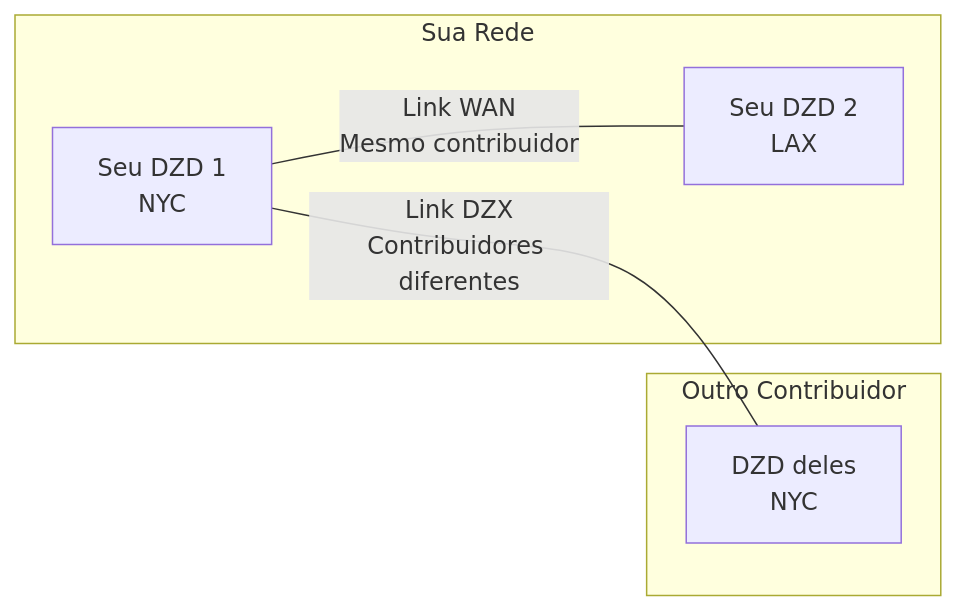
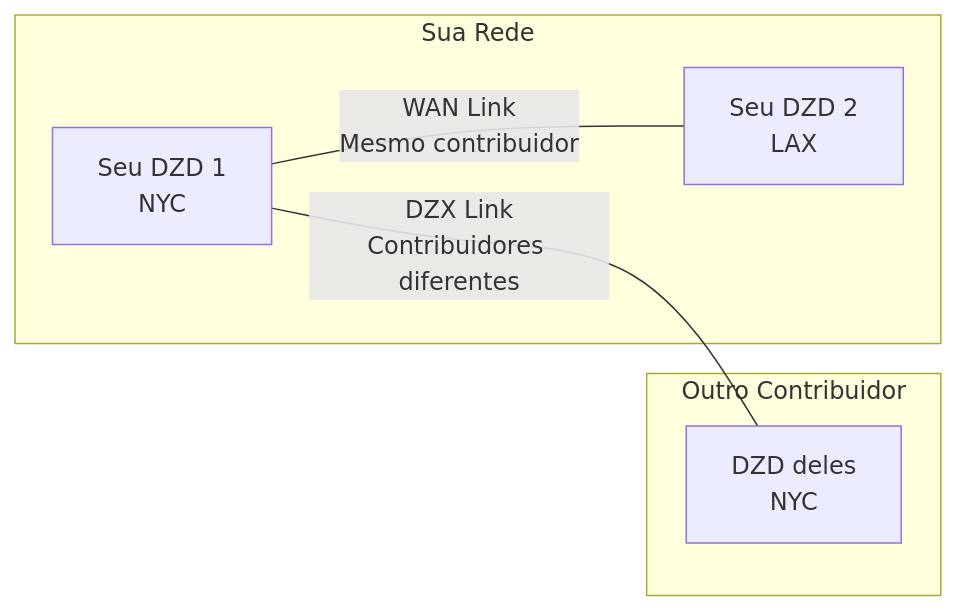
Before and after one commit to malbeclabs/docs: diagram 11 of 13 in docs/contribute-provisioning.pt.md, drawn with Mermaid. The commit also changed other lines of this file and 130 other files, not shown here.

````diff
--- a/docs/contribute-provisioning.pt.md
+++ b/docs/contribute-provisioning.pt.md
@@ -647,14 +647,14 @@
 ```mermaid
 flowchart LR
     subgraph "Sua Rede"
         D1[Seu DZD 1<br/>NYC]
         D2[Seu DZD 2<br/>LAX]
     end
 
     subgraph "Outro Contribuidor"
         O1[DZD deles<br/>NYC]
     end
 
-    D1 ---|Link WAN<br/>Mesmo contribuidor| D2
-    D1 ---|Link DZX<br/>Contribuidores diferentes| O1
+    D1 ---|WAN Link<br/>Mesmo contribuidor| D2
+    D1 ---|DZX Link<br/>Contribuidores diferentes| O1
 ```
````
